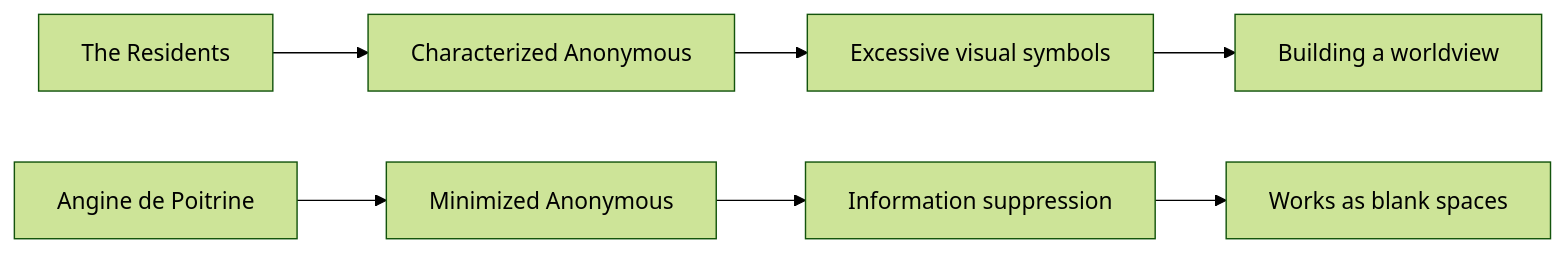
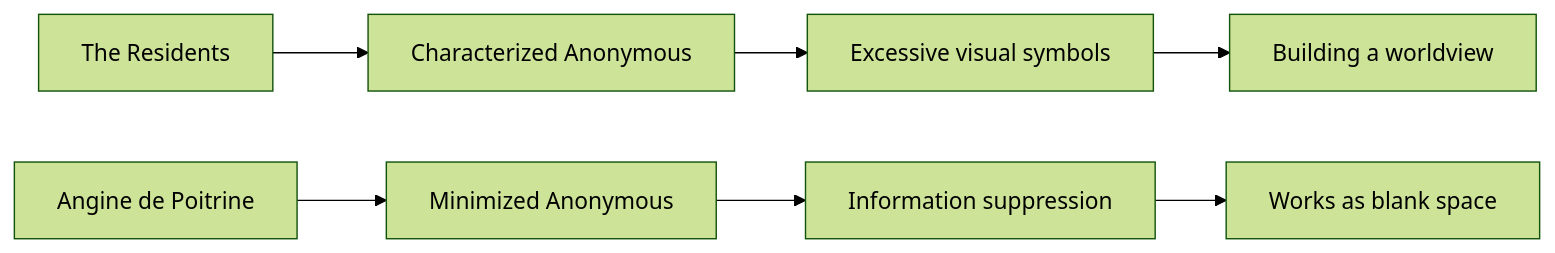
The fifth of 17 diagrams in en/_posts/2026-07-06-column-angine-de-poitrine-the-residents.md (monumental-movement/monumental-movement.github.io), drawn with Mermaid (forest theme) before and after one commit. The commit also changed other lines of this file and 851 other files, not shown here.

```diff
--- a/en/_posts/2026-07-06-column-angine-de-poitrine-the-residents.md
+++ b/en/_posts/2026-07-06-column-angine-de-poitrine-the-residents.md
@@ -618,16 +618,16 @@
 <div class="mermaid">
 flowchart LR
 
 A["The Residents"]
 B["Characterized Anonymous"]
 C["Excessive visual symbols"]
 D["Building a worldview"]
 
 E["Angine de Poitrine"]
 F["Minimized Anonymous"]
 G["Information suppression"]
-H["Works as blank spaces"]
+H["Works as blank space"]
 
 A --> B --> C --> D
 E --> F --> G --> H
 </div>
```
